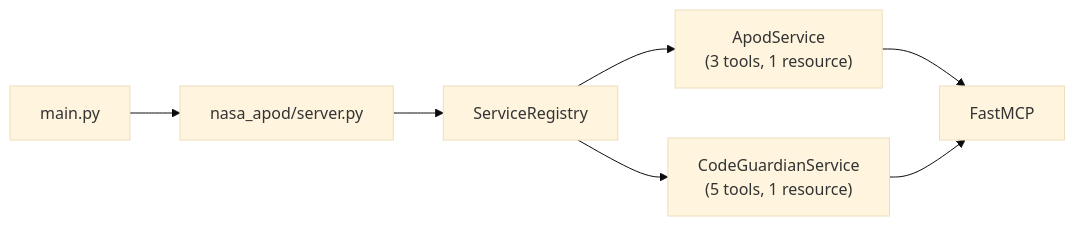
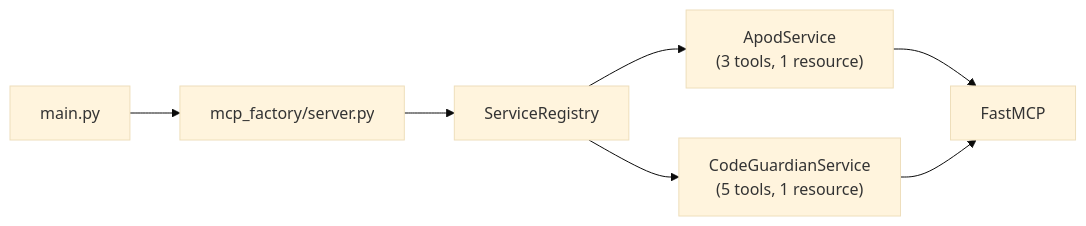
One commit to decagondev/MCP-Factory changed the diagram in CLAUDE.md. Above: the diagram before and after it, drawn with Mermaid (base theme). The commit also changed other lines of this file and 6 other files, not shown here.

First line of the commit message:
Update documentation and Cursor rules to reference mcp_factory

````diff
--- a/CLAUDE.md
+++ b/CLAUDE.md
@@ -20,9 +20,9 @@
 ```mermaid
 flowchart LR
-    Main["main.py"] --> Server["nasa_apod/server.py"]
+    Main["main.py"] --> Server["mcp_factory/server.py"]
     Server --> Reg["ServiceRegistry"]
     Reg --> APOD["ApodService<br/>(3 tools, 1 resource)"]
     Reg --> CG["CodeGuardianService<br/>(5 tools, 1 resource)"]
     APOD --> MCP["FastMCP"]
     CG --> MCP
 ```
````
